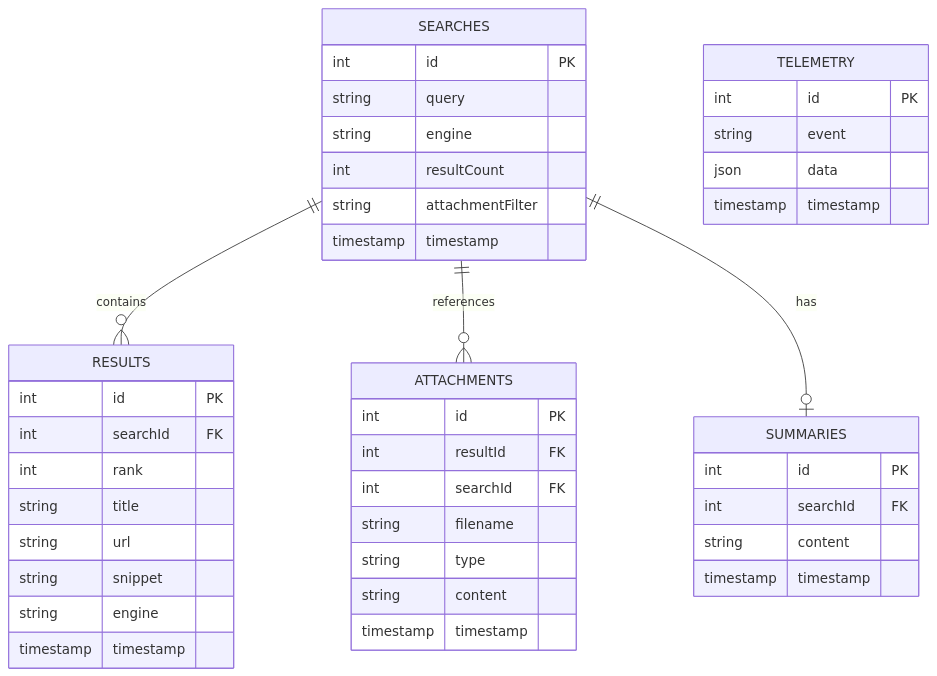
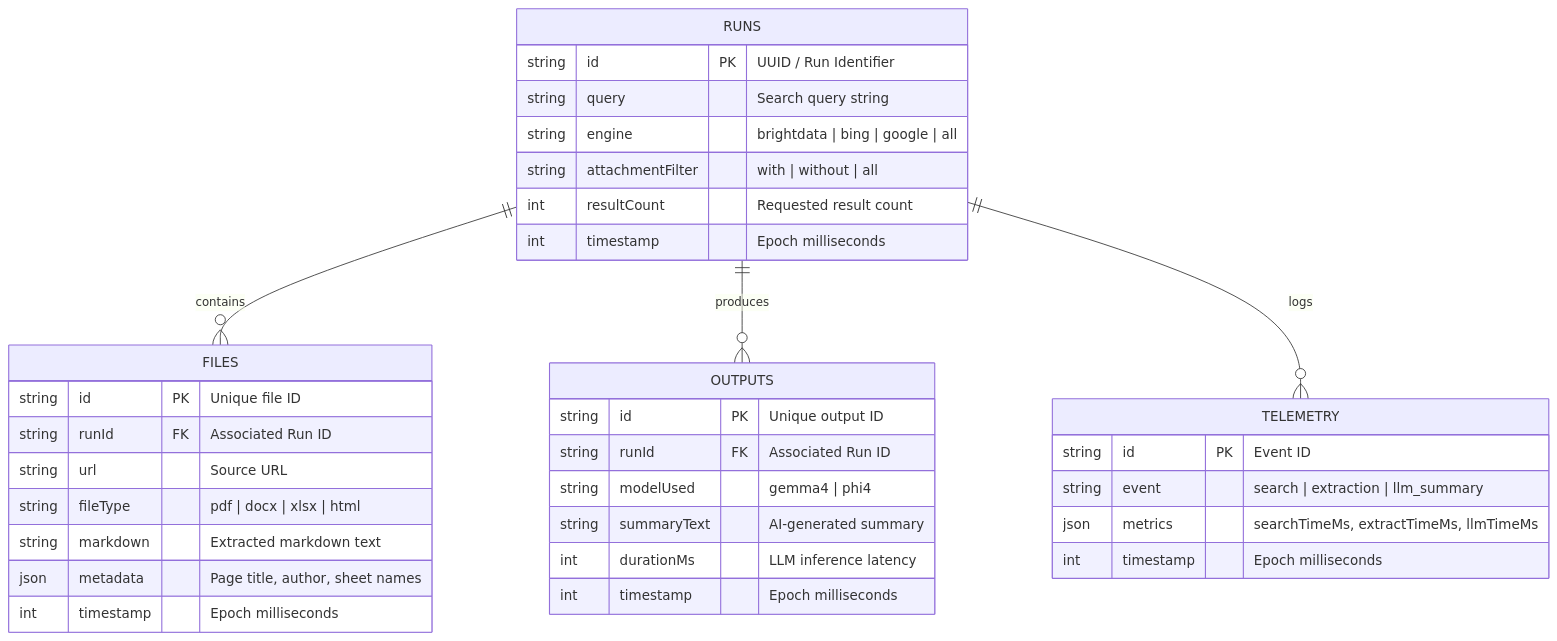
The third of 3 diagrams in docs/architecture.md (learningsam20/attach-surfer), drawn with Mermaid before and after one commit. The commit also changed other lines of this file and 57 other files, not shown here.

````diff
--- a/docs/architecture.md
+++ b/docs/architecture.md
@@ -121,45 +134,41 @@
 ```mermaid
 erDiagram
-    SEARCHES ||--o{ RESULTS : contains
-    SEARCHES ||--o{ ATTACHMENTS : references
-    SEARCHES ||--o| SUMMARIES : has
-    SEARCHES {
-        int id PK
-        string query
-        string engine
-        int resultCount
-        string attachmentFilter
-        timestamp timestamp
+    RUNS ||--o{ FILES : contains
+    RUNS ||--o{ OUTPUTS : produces
+    RUNS ||--o{ TELEMETRY : logs
+
+    RUNS {
+        string id PK "UUID / Run Identifier"
+        string query "Search query string"
+        string engine "brightdata | bing | google | all"
+        string attachmentFilter "with | without | all"
+        int resultCount "Requested result count"
+        int timestamp "Epoch milliseconds"
     }
-    RESULTS {
-        int id PK
-        int searchId FK
-        int rank
-        string title
-        string url
-        string snippet
-        string engine
-        timestamp timestamp
+
+    FILES {
+        string id PK "Unique file ID"
+        string runId FK "Associated Run ID"
+        string url "Source URL"
+        string fileType "pdf | docx | xlsx | html"
+        string markdown "Extracted markdown text"
+        json metadata "Page title, author, sheet names"
+        int timestamp "Epoch milliseconds"
     }
-    ATTACHMENTS {
-        int id PK
-        int resultId FK
-        int searchId FK
-        string filename
-        string type
-        string content
-        timestamp timestamp
+
+    OUTPUTS {
+        string id PK "Unique output ID"
+        string runId FK "Associated Run ID"
+        string modelUsed "gemma4 | phi4"
+        string summaryText "AI-generated summary"
+        int durationMs "LLM inference latency"
+        int timestamp "Epoch milliseconds"
     }
-    SUMMARIES {
-        int id PK
-        int searchId FK
-        string content
-        timestamp timestamp
-    }
+
     TELEMETRY {
-        int id PK
-        string event
-        json data
-        timestamp timestamp
+        string id PK "Event ID"
+        string event "search | extraction | llm_summary"
+        json metrics "searchTimeMs, extractTimeMs, llmTimeMs"
+        int timestamp "Epoch milliseconds"
     }
 ```
````
